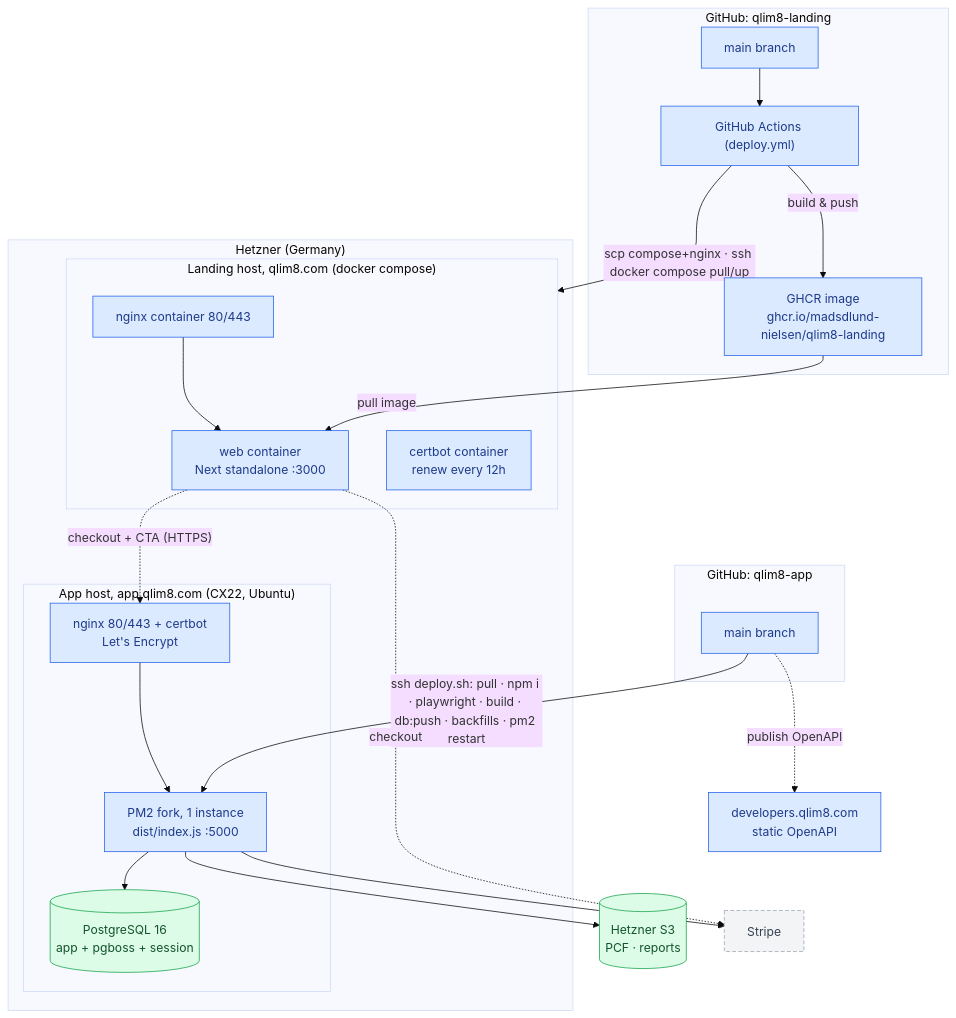
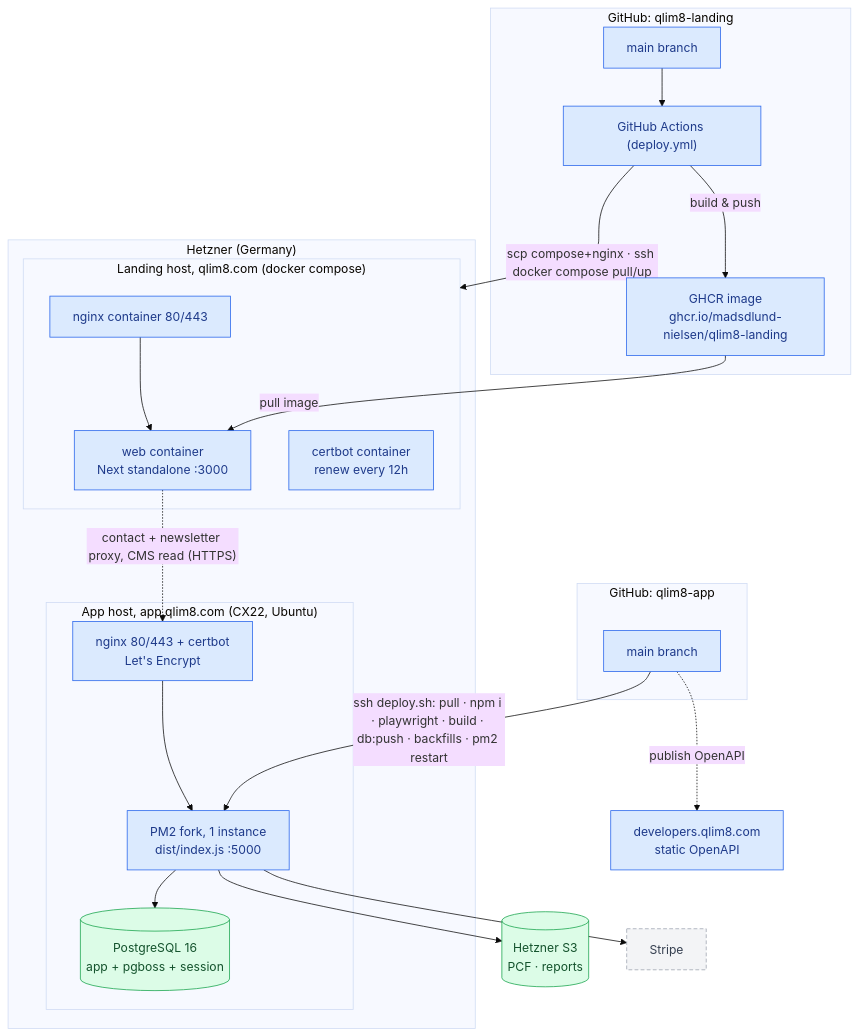
Before and after one commit to madsdlund-nielsen/qlim8-landing: the diagram in docs/diagrams/mmd/05-deployment.mmd, drawn with Mermaid (base theme). The commit also changed 66 other files, not shown here.

First line of the commit message:
Sell qlim8 after a demo: no signup, no checkout, no package prices

```diff
--- a/docs/diagrams/mmd/05-deployment.mmd
+++ b/docs/diagrams/mmd/05-deployment.mmd
@@ -1,50 +1,50 @@
 %% qlim8, Deployment & CI/CD topology (Diagram 5). Two INDEPENDENT deployments on
-%% Hetzner, bridged only over public HTTPS + Stripe. Two nginx, two certbot.
+%% Hetzner, bridged only over public HTTPS. Two nginx, two certbot. The landing
+%% has no Stripe path of its own: qlim8 is sold after a demo, so there is no checkout.
 flowchart TB
   subgraph ghapp["GitHub: qlim8-app"]
     appmain["main branch"]
   end
   subgraph ghland["GitHub: qlim8-landing"]
     landmain["main branch"]
     gha["GitHub Actions (deploy.yml)"]
     ghcr["GHCR image<br/>ghcr.io/madsdlund-nielsen/qlim8-landing"]
   end
 
   subgraph hetzner["Hetzner (Germany)"]
     subgraph appvm["App host, app.qlim8.com (CX22, Ubuntu)"]
       anginx["nginx 80/443 + certbot<br/>Let's Encrypt"]
       pm2["PM2 fork, 1 instance<br/>dist/index.js :5000"]
       pg[("PostgreSQL 16<br/>app + pgboss + session")]
     end
     subgraph landvm["Landing host, qlim8.com (docker compose)"]
       lnginx["nginx container 80/443"]
       lweb["web container<br/>Next standalone :3000"]
       lcertbot["certbot container<br/>renew every 12h"]
     end
   end
 
   s3[("Hetzner S3<br/>PCF · reports")]
   stripe["Stripe"]
   devportal["developers.qlim8.com<br/>static OpenAPI"]
 
   appmain -->|"ssh deploy.sh: pull · npm i · playwright · build · db:push · backfills · pm2 restart"| pm2
   anginx --> pm2
   pm2 --> pg
   pm2 --> s3
   appmain -. publish OpenAPI .-> devportal
 
   landmain --> gha -->|build & push| ghcr
   gha -->|"scp compose+nginx · ssh docker compose pull/up"| landvm
   ghcr -->|pull image| lweb
   lnginx --> lweb
 
-  lweb -. "checkout + CTA (HTTPS)" .-> anginx
-  lweb -. checkout .-> stripe
+  lweb -. "contact + newsletter proxy, CMS read (HTTPS)" .-> anginx
   pm2 --> stripe
 
   classDef internal fill:#dbeafe,stroke:#2563eb,color:#1e3a8a;
   classDef store fill:#dcfce7,stroke:#16a34a,color:#14532d;
   classDef external fill:#f3f4f6,stroke:#9ca3af,color:#374151,stroke-dasharray:5 3;
   class appmain,landmain,gha,ghcr,anginx,pm2,lnginx,lweb,lcertbot,devportal internal;
   class pg,s3 store;
   class stripe external;
```
